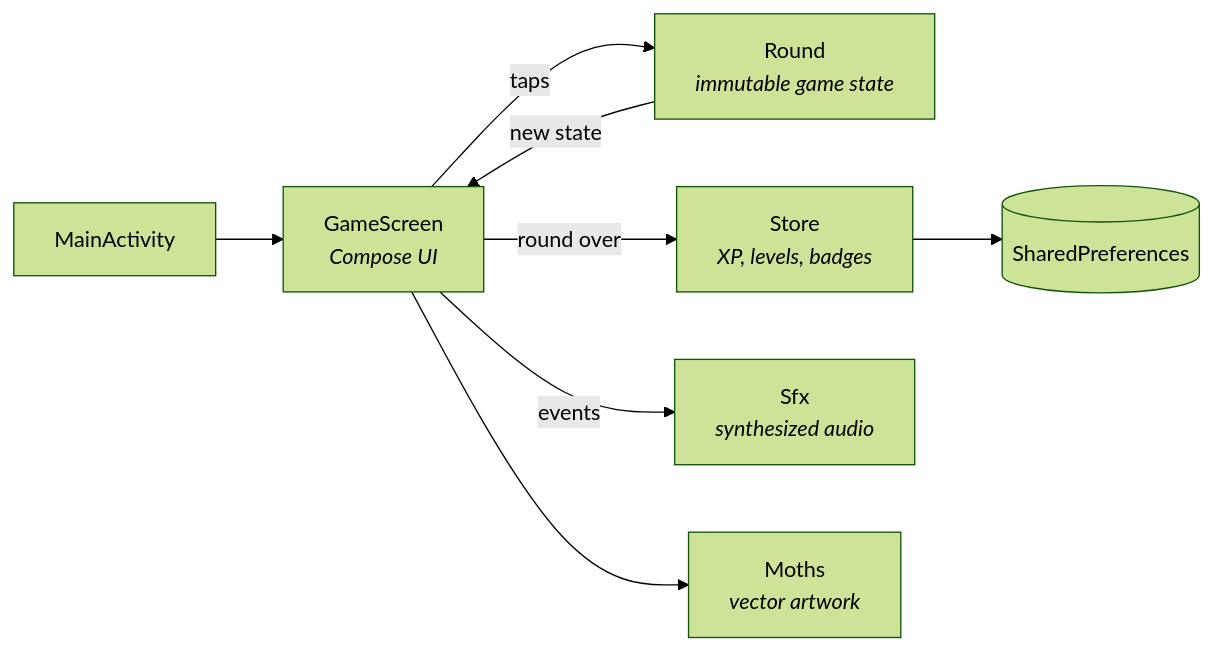
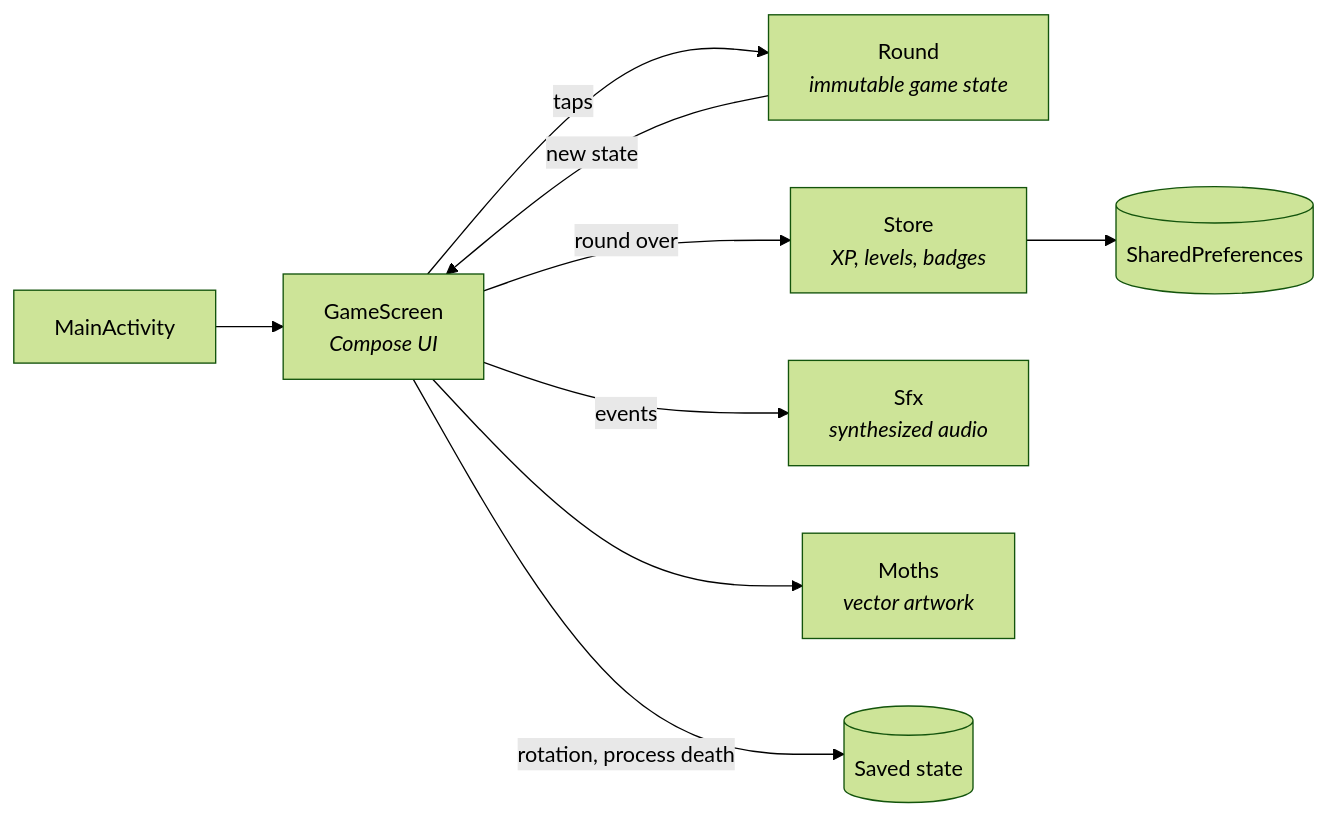
The diagram in README.md (ImtiazHossain-Eshan/porchlight), drawn with Mermaid (forest theme) before and after one commit. The commit also changed other lines of this file and 58 other files, not shown here.

````diff
--- a/README.md
+++ b/README.md
@@ -140,10 +188,11 @@
 ```mermaid
 flowchart LR
     A[MainActivity] --> S[GameScreen<br/><i>Compose UI</i>]
     S -- taps --> R[Round<br/><i>immutable game state</i>]
     R -- new state --> S
     S -- round over --> P[Store<br/><i>XP, levels, badges</i>]
     P --> SP[(SharedPreferences)]
     S -- events --> X[Sfx<br/><i>synthesized audio</i>]
     S --> M[Moths<br/><i>vector artwork</i>]
+    S -- rotation, process death --> V[(Saved state)]
 ```
````
